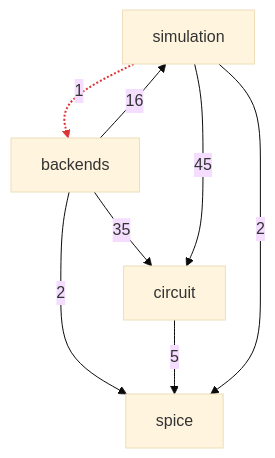
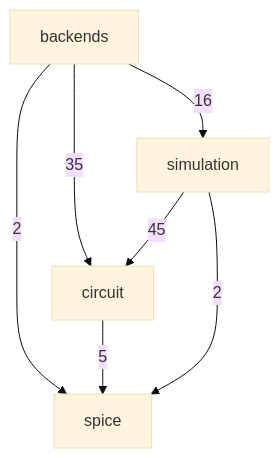
The second of 3 diagrams in docs/architecture.md (ronnymilleo/imcsim), drawn with Mermaid (base theme) before and after one commit. The commit also changed 9 other files, not shown here.

````diff
--- a/docs/architecture.md
+++ b/docs/architecture.md
@@ -33,15 +33,13 @@
 ```mermaid
 flowchart TD
     app_core_spice[spice]
     app_core_circuit[circuit]
     app_core_simulation[simulation]
     app_core_backends[backends]
     app_core_backends -->|35| app_core_circuit
     app_core_backends -->|16| app_core_simulation
     app_core_backends -->|2| app_core_spice
     app_core_circuit -->|5| app_core_spice
-    app_core_simulation -.->|1| app_core_backends
     app_core_simulation -->|45| app_core_circuit
     app_core_simulation -->|2| app_core_spice
-    linkStyle 4 stroke:#d33,stroke-width:2px
 ```
````
